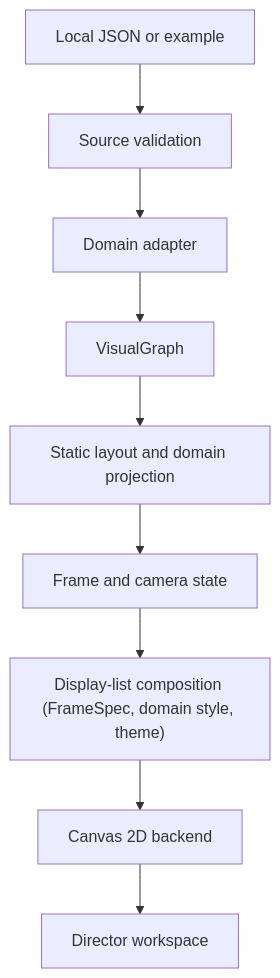
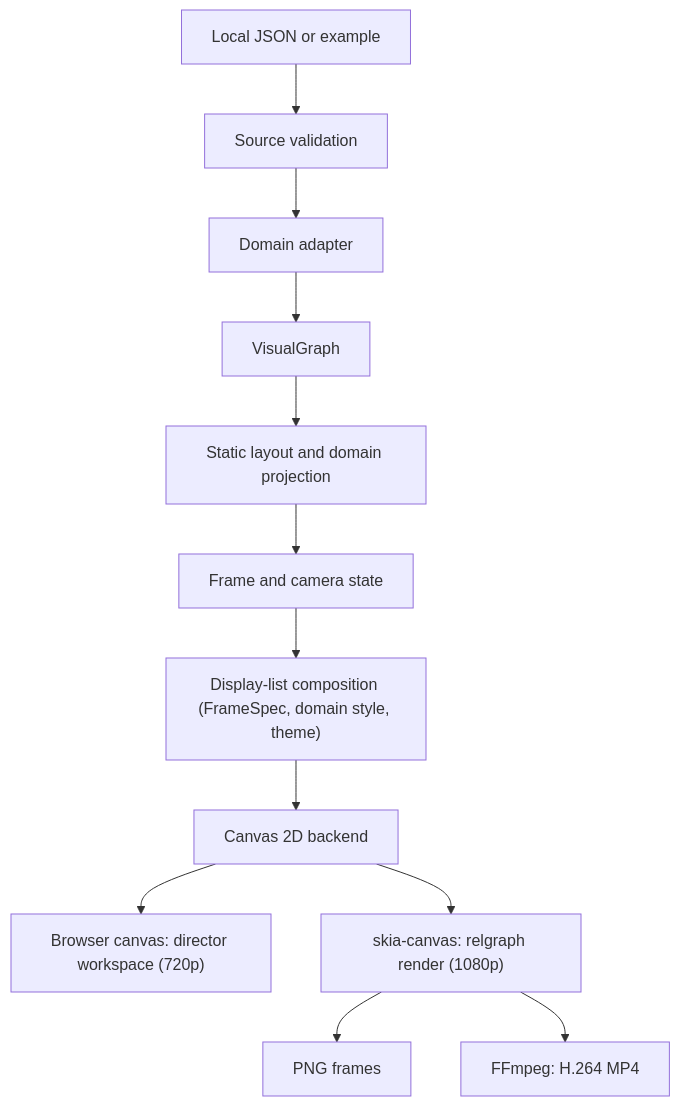
One commit to mingzhangyang/relgraph-studio changed the diagram in docs/ARCHITECTURE.md. Above: the diagram before and after it, drawn with Mermaid. The commit also changed other lines of this file and 3 other files, not shown here.

````diff
--- a/docs/ARCHITECTURE.md
+++ b/docs/ARCHITECTURE.md
@@ -11,9 +11,13 @@
 ```mermaid
 flowchart TD
   A["Local JSON or example"] --> B["Source validation"]
   B --> C["Domain adapter"] --> D["VisualGraph"]
   D --> E["Static layout and domain projection"]
   E --> F["Frame and camera state"]
   F --> G["Display-list composition (FrameSpec, domain style, theme)"]
-  G --> I["Canvas 2D backend"] --> H["Director workspace"]
+  G --> I["Canvas 2D backend"]
+  I --> H["Browser canvas: director workspace (720p)"]
+  I --> J["skia-canvas: relgraph render (1080p)"]
+  J --> K["PNG frames"]
+  J --> L["FFmpeg: H.264 MP4"]
 ```
````
